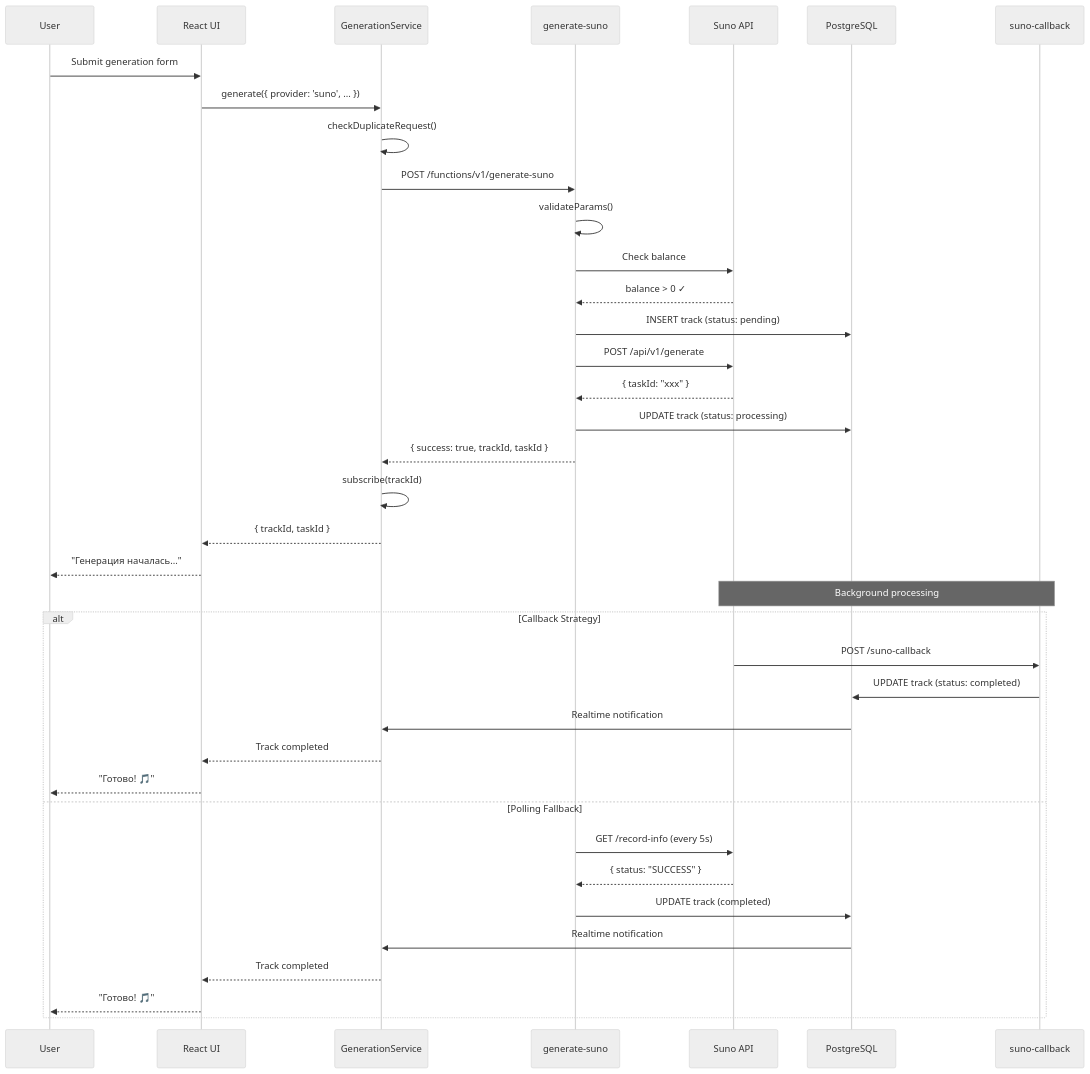
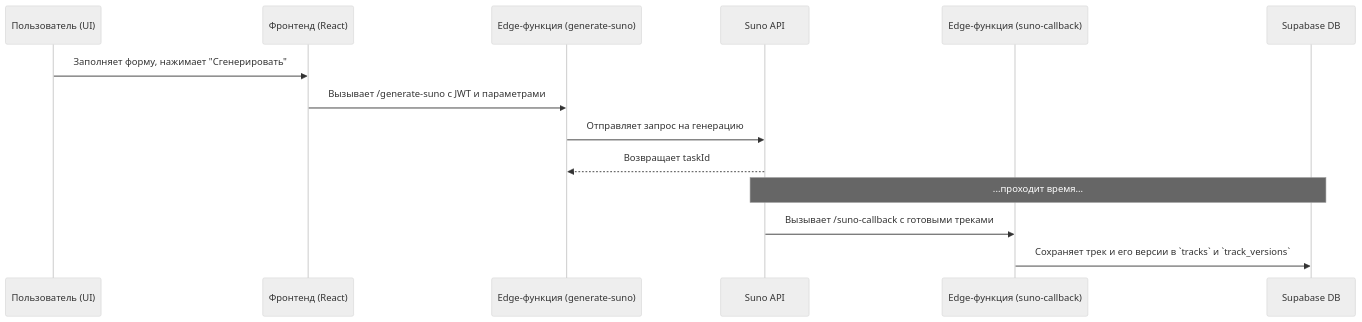
Before and after one commit to HOW2AI-AGENCY/albert3-muse-synth-studio: the second of 3 diagrams in docs/ARCHITECTURE.md, drawn with Mermaid (neutral theme). The commit also changed other lines of this file and 14 other files, not shown here.

````diff
--- a/docs/ARCHITECTURE.md
+++ b/docs/ARCHITECTURE.md
@@ -305,46 +86,19 @@
 ```mermaid
 sequenceDiagram
-    participant User
-    participant UI as React UI
-    participant Service as GenerationService
-    participant Edge as generate-suno
-    participant Suno as Suno API
-    participant DB as PostgreSQL
-    participant Callback as suno-callback
-    
-    User->>UI: Submit generation form
-    UI->>Service: generate({ provider: 'suno', ... })
-    Service->>Service: checkDuplicateRequest()
-    Service->>Edge: POST /functions/v1/generate-suno
-    
-    Edge->>Edge: validateParams()
-    Edge->>Suno: Check balance
-    Suno-->>Edge: balance > 0 ✓
-    
-    Edge->>DB: INSERT track (status: pending)
-    Edge->>Suno: POST /api/v1/generate
-    Suno-->>Edge: { taskId: "xxx" }
-    Edge->>DB: UPDATE track (status: processing)
-    
-    Edge-->>Service: { success: true, trackId, taskId }
-    Service->>Service: subscribe(trackId)
-    Service-->>UI: { trackId, taskId }
-    UI-->>User: "Генерация началась..."
-    
-    Note over Suno,Callback: Background processing
-    
-    alt Callback Strategy
-        Suno->>Callback: POST /suno-callback
-        Callback->>DB: UPDATE track (status: completed)
-        DB->>Service: Realtime notification
-        Service-->>UI: Track completed
-        UI-->>User: "Готово! 🎵"
-    else Polling Fallback
-        Edge->>Suno: GET /record-info (every 5s)
-        Suno-->>Edge: { status: "SUCCESS" }
-        Edge->>DB: UPDATE track (completed)
-        DB->>Service: Realtime notification
-        Service-->>UI: Track completed
-        UI-->>User: "Готово! 🎵"
-    end
+    participant User as Пользователь (UI)
+    participant Frontend as Фронтенд (React)
+    participant EdgeFunc as Edge-функция (generate-suno)
+    participant SunoAPI as Suno API
+    participant Callback as Edge-функция (suno-callback)
+    participant DB as Supabase DB
+
+    User->>Frontend: Заполняет форму, нажимает "Сгенерировать"
+    Frontend->>EdgeFunc: Вызывает /generate-suno с JWT и параметрами
+    EdgeFunc->>SunoAPI: Отправляет запрос на генерацию
+    SunoAPI-->>EdgeFunc: Возвращает taskId
+
+    Note over SunoAPI, DB: ...проходит время...
+
+    SunoAPI->>Callback: Вызывает /suno-callback с готовыми треками
+    Callback->>DB: Сохраняет трек и его версии в `tracks` и `track_versions`
 ```
````
